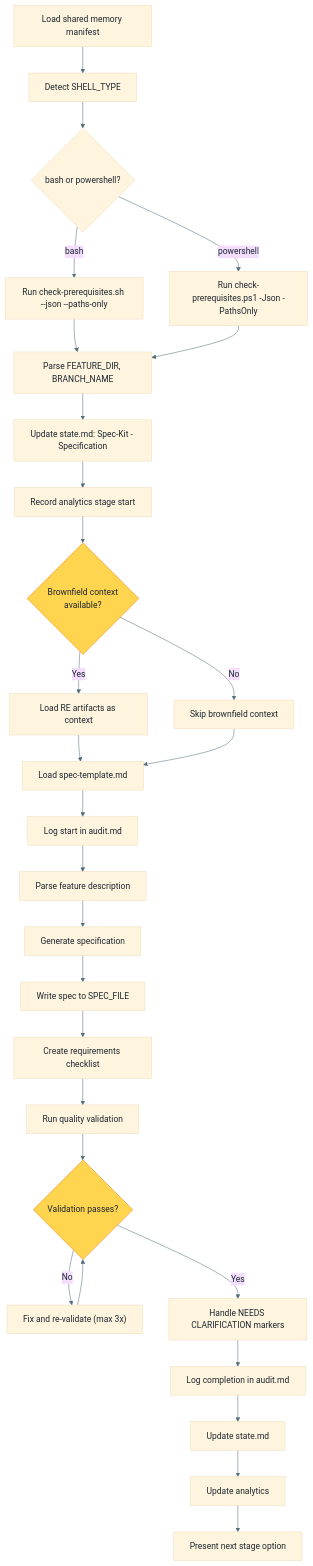
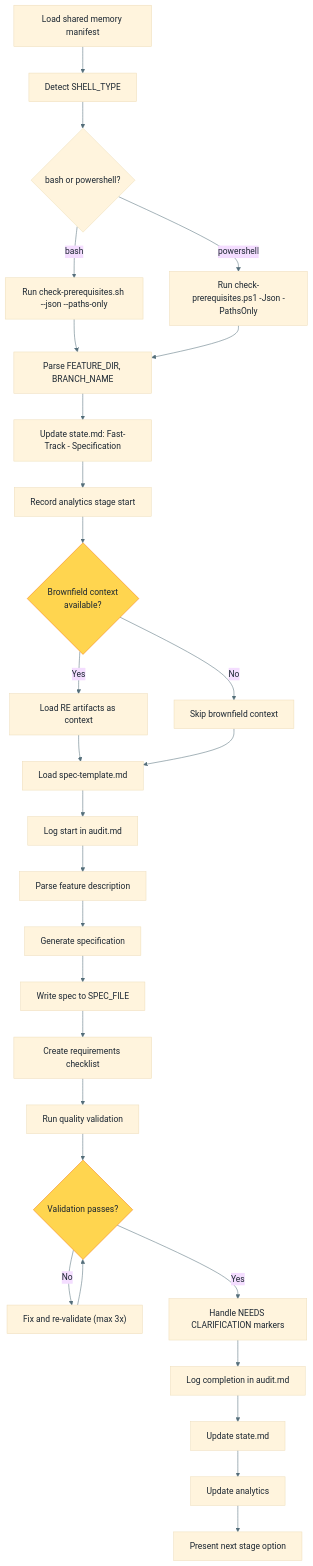
Before and after one commit to premkumarjanagarajan/fluid-flow-ai: diagram 11 of 26 in docs/WORKFLOW-FULL-DETAILED.md, drawn with Mermaid. The commit also changed other lines of this file and 105 other files, not shown here.

````diff
--- a/docs/WORKFLOW-FULL-DETAILED.md
+++ b/docs/WORKFLOW-FULL-DETAILED.md
@@ -476,34 +476,34 @@
 ```mermaid
 %%{init: {'theme': 'base', 'themeVariables': {'primaryTextColor': '#1B2631', 'lineColor': '#546E7A', 'textColor': '#1B2631'}}}%%
 flowchart TD
     A["Load shared memory manifest"] --> B["Detect SHELL_TYPE"]
     B --> C{"bash or powershell?"}
     C -->|bash| D["Run check-prerequisites.sh --json --paths-only"]
     C -->|powershell| E["Run check-prerequisites.ps1 -Json -PathsOnly"]
     D --> F["Parse FEATURE_DIR, BRANCH_NAME"]
     E --> F
-    F --> G["Update state.md: Spec-Kit - Specification"]
+    F --> G["Update state.md: Fast-Track - Specification"]
     G --> H["Record analytics stage start"]
     H --> I{"Brownfield context<br/>available?"}
     I -->|Yes| J["Load RE artifacts as context"]
     I -->|No| K["Skip brownfield context"]
     J --> L["Load spec-template.md"]
     K --> L
     L --> M["Log start in audit.md"]
     M --> N["Parse feature description"]
     N --> O["Generate specification"]
     O --> P["Write spec to SPEC_FILE"]
     P --> Q["Create requirements checklist"]
     Q --> R["Run quality validation"]
     R --> S{"Validation passes?"}
     S -->|No| T["Fix and re-validate (max 3x)"]
     T --> S
     S -->|Yes| U["Handle NEEDS CLARIFICATION markers"]
     U --> V["Log completion in audit.md"]
     V --> W["Update state.md"]
     W --> X["Update analytics"]
     X --> Y["Present next stage option"]
 
     style I fill:#FFD54F,stroke:#F57F17
     style S fill:#FFD54F,stroke:#F57F17
 ```
````
